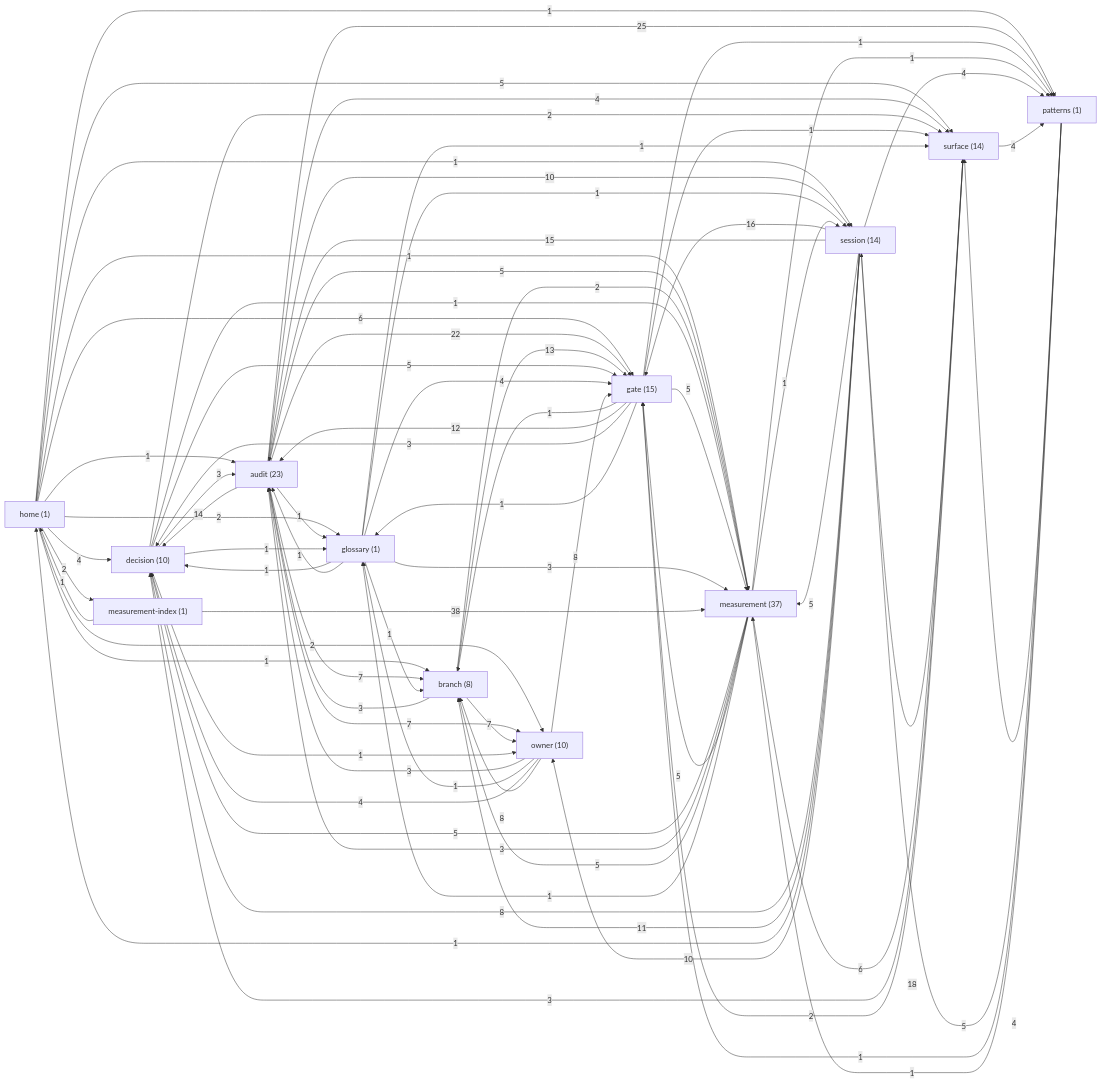
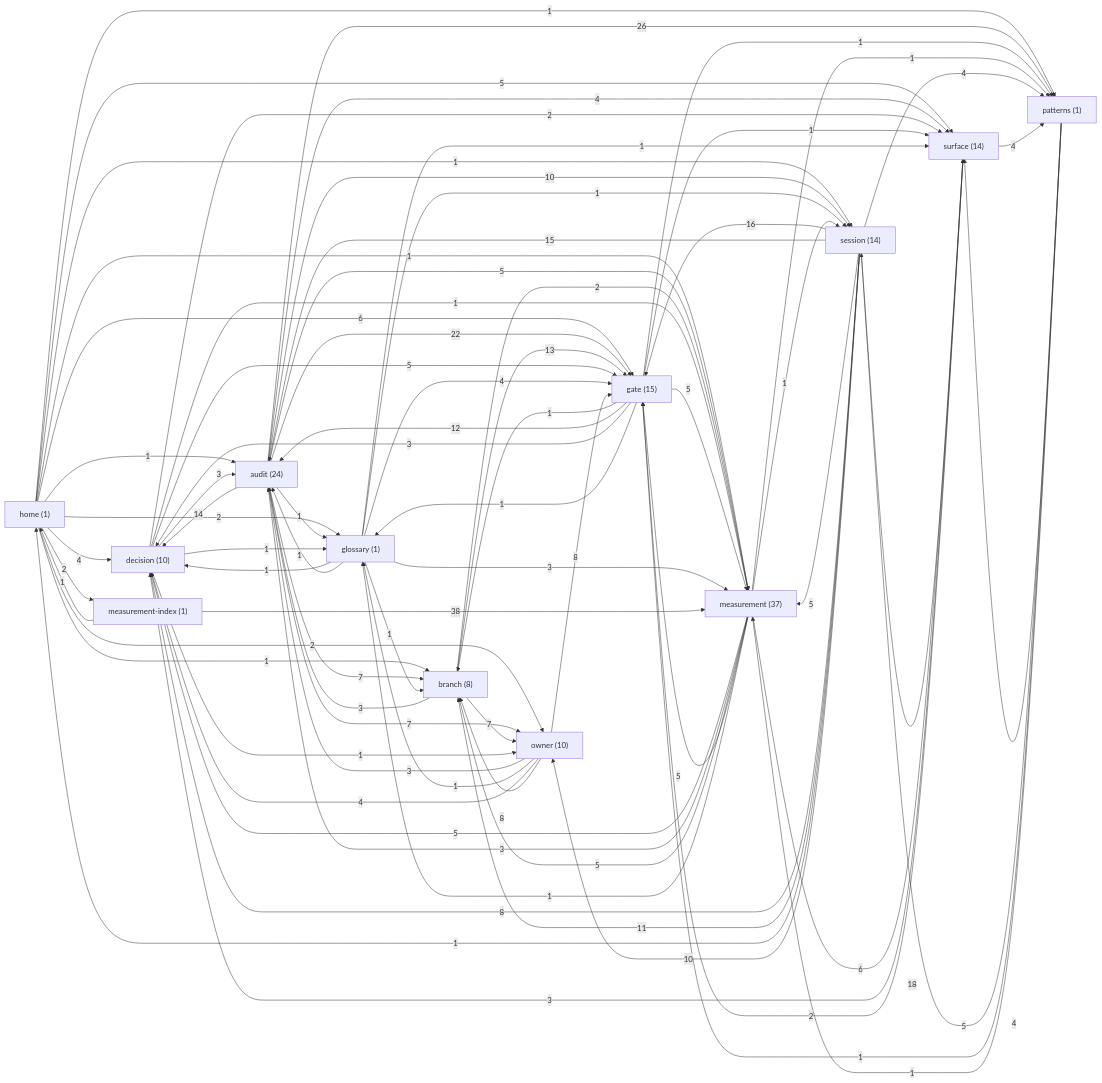
Before and after one commit to sergey9519546/STORYMACHINE: the diagram in docs/brain/GRAPH.md, drawn with Mermaid. The commit also changed other lines of this file and 1 other file, not shown here.

Commit message:
docs(brain): regenerate graph for generator-honesty audit note
Claude-Session: https://claude.ai/code/session_018Z5iZ1M9Z1KR3tDYhxUKGd

````diff
--- a/docs/brain/GRAPH.md
+++ b/docs/brain/GRAPH.md
@@ -9,7 +9,7 @@
 ```mermaid
 graph LR
   home["home (1)"]
-  audit["audit (23)"]
+  audit["audit (24)"]
   branch["branch (8)"]
   decision["decision (10)"]
   gate["gate (15)"]
@@ -36,7 +36,7 @@
   audit -->|7| branch
   audit -->|22| gate
   audit -->|14| decision
-  audit -->|25| patterns
+  audit -->|26| patterns
   audit -->|7| owner
   audit -->|4| surface
   audit -->|5| measurement
````
